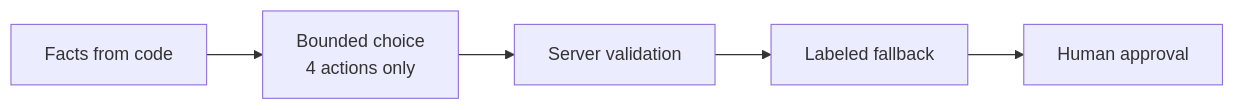
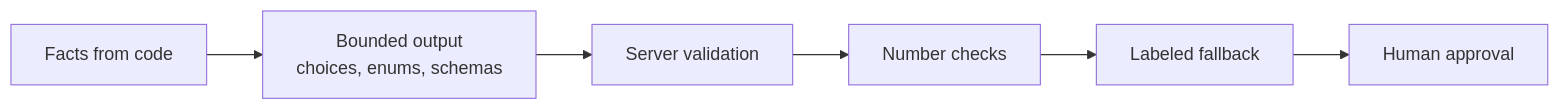
One commit to RahilKothari9/DawaiDost changed the diagram in docs/architecture/reliability-and-safety.md. Above: the diagram before and after it, drawn with Mermaid. The commit also changed other lines of this file, not shown here.

````diff
--- a/docs/architecture/reliability-and-safety.md
+++ b/docs/architecture/reliability-and-safety.md
@@ -7,7 +7,8 @@
 ```mermaid
 flowchart LR
-    A[Facts from code] --> B[Bounded choice<br/>4 actions only]
+    A[Facts from code] --> B[Bounded output<br/>choices, enums, schemas]
     B --> C[Server validation]
-    C --> D[Labeled fallback]
-    D --> E[Human approval]
+    C --> D[Number checks]
+    D --> E[Labeled fallback]
+    E --> F[Human approval]
 ```
````
